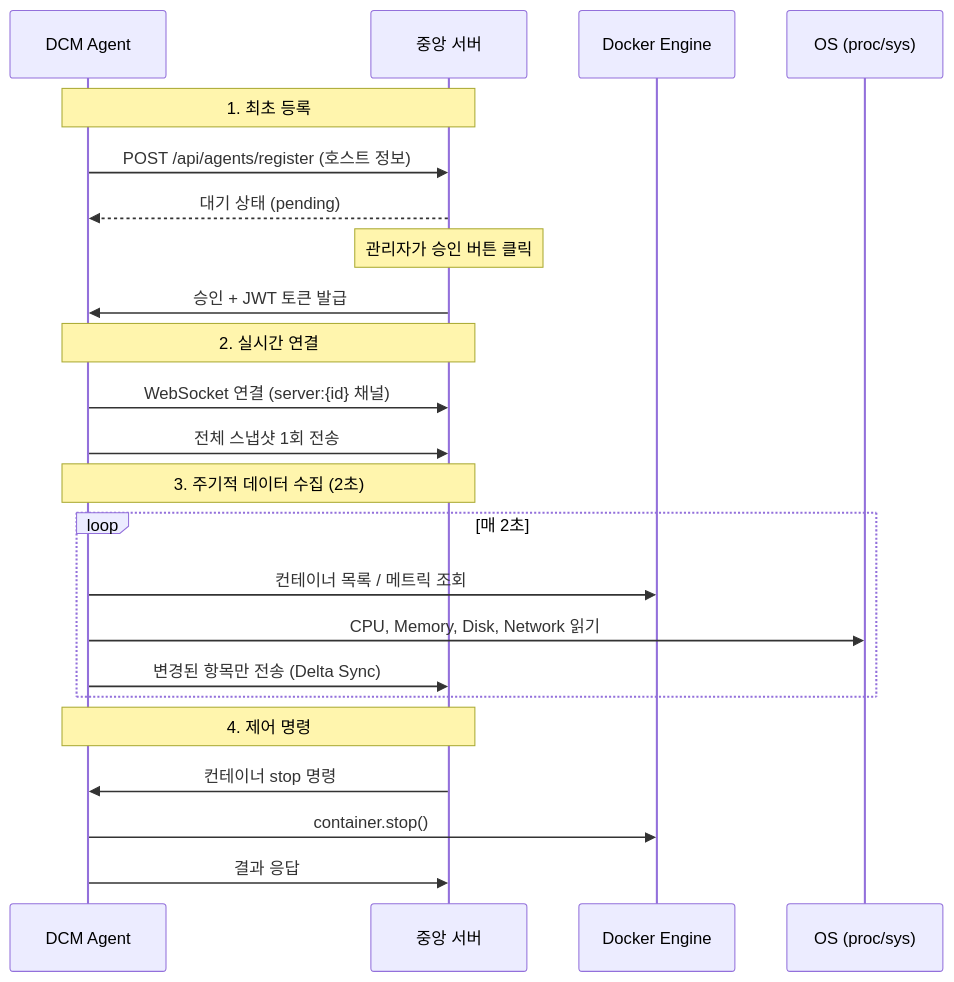
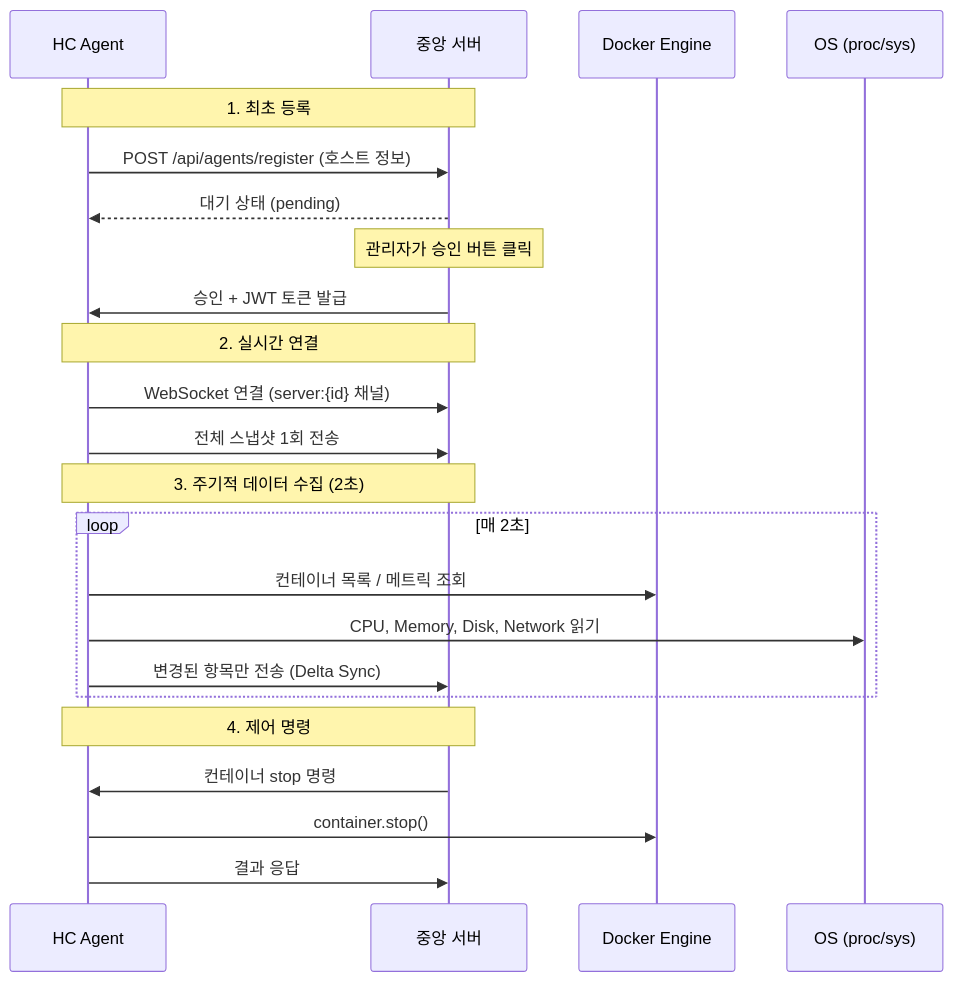
Before and after one commit to qkr7287/HyperCube: the second of 11 diagrams in docs/to-be-architecture.md, drawn with Mermaid. The commit also changed other lines of this file and 15 other files, not shown here.

````diff
--- a/docs/to-be-architecture.md
+++ b/docs/to-be-architecture.md
@@ -123,29 +123,29 @@
 ```mermaid
 sequenceDiagram
-    participant A as DCM Agent
+    participant A as HC Agent
     participant C as 중앙 서버
     participant D as Docker Engine
     participant S as OS (proc/sys)
 
     Note over A,C: 1. 최초 등록
     A->>C: POST /api/agents/register (호스트 정보)
     C-->>A: 대기 상태 (pending)
     Note over C: 관리자가 승인 버튼 클릭
     C->>A: 승인 + JWT 토큰 발급
 
     Note over A,C: 2. 실시간 연결
     A->>C: WebSocket 연결 (server:{id} 채널)
     A->>C: 전체 스냅샷 1회 전송
 
     Note over A,C: 3. 주기적 데이터 수집 (2초)
     loop 매 2초
         A->>D: 컨테이너 목록 / 메트릭 조회
         A->>S: CPU, Memory, Disk, Network 읽기
         A->>C: 변경된 항목만 전송 (Delta Sync)
     end
 
     Note over A,C: 4. 제어 명령
     C->>A: 컨테이너 stop 명령
     A->>D: container.stop()
     A->>C: 결과 응답
 ```
````
